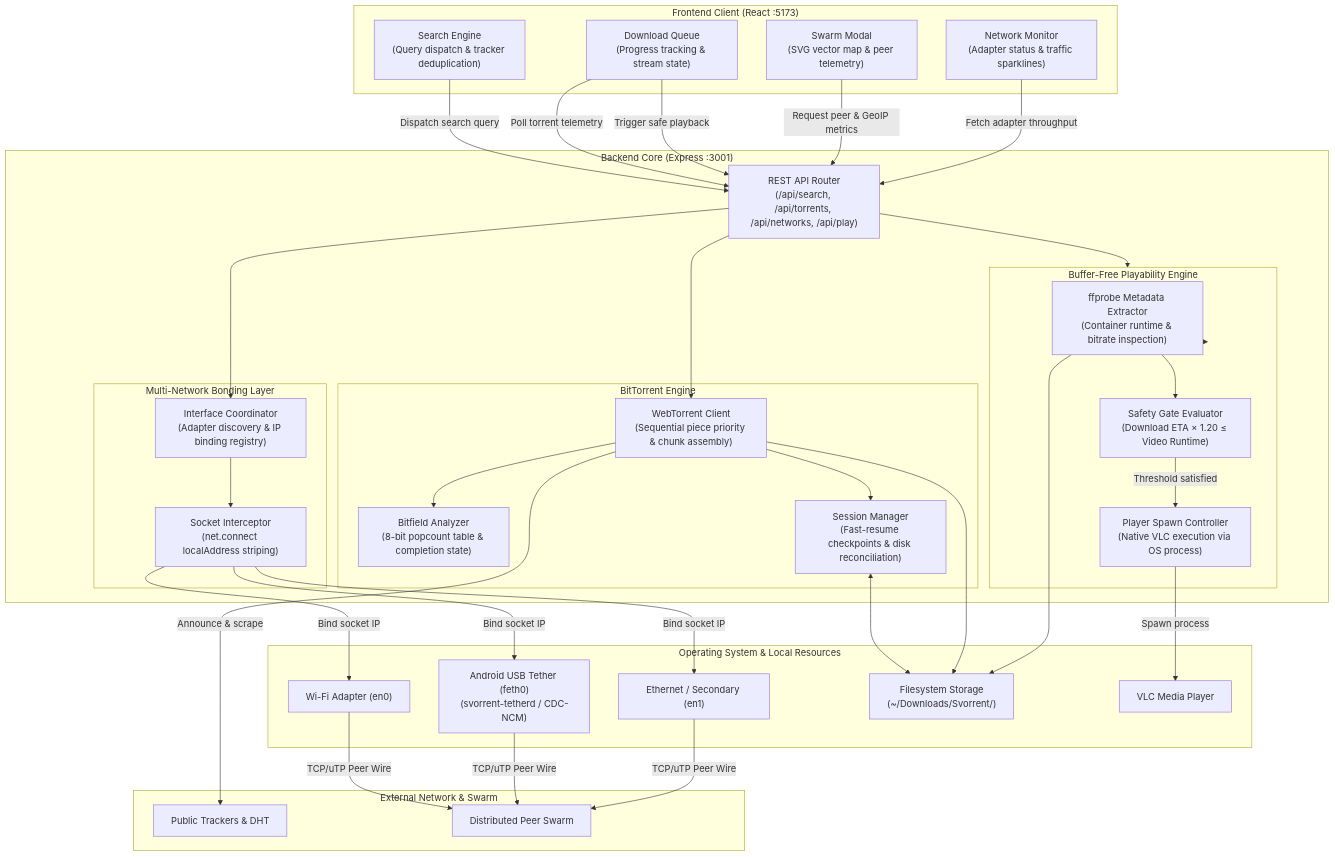
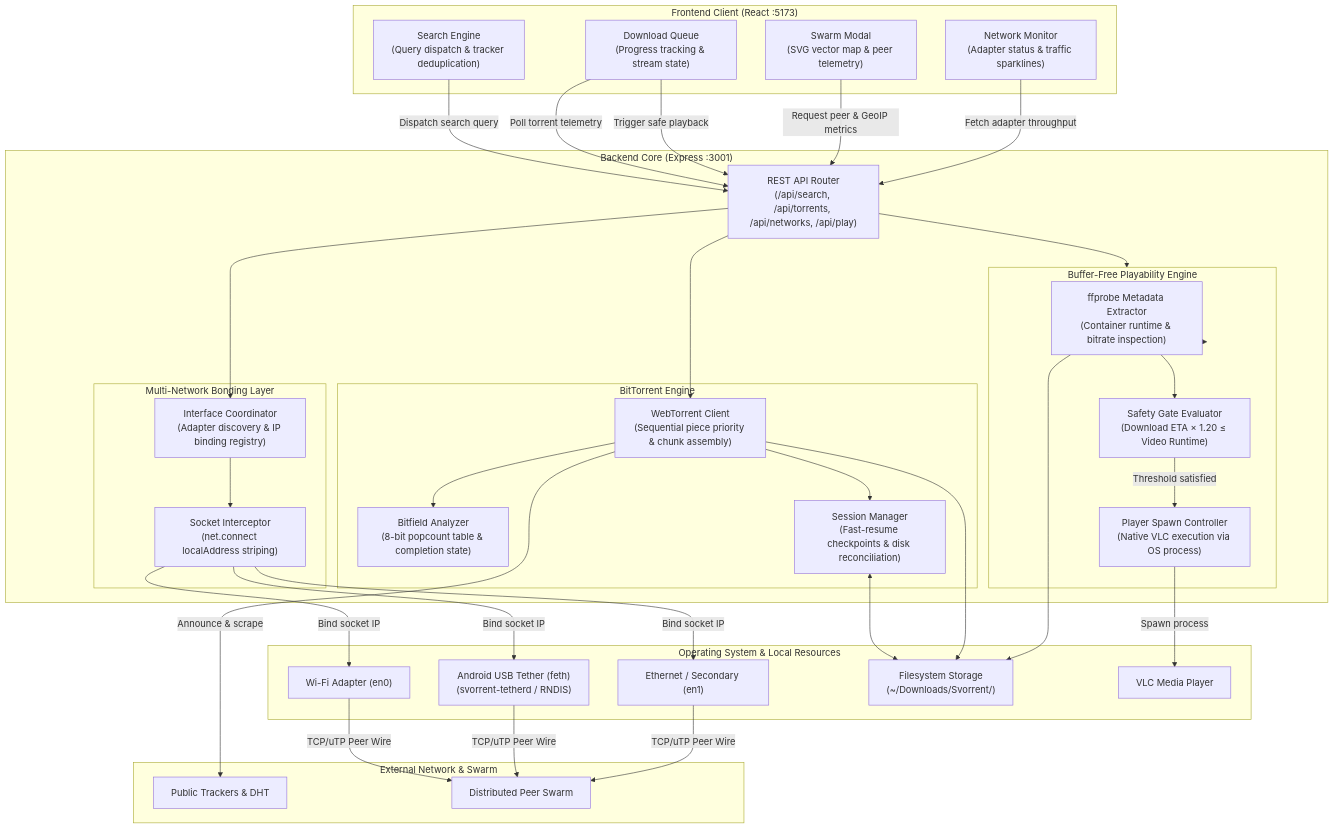
The diagram in README.md (AdhishXD/svorrent), drawn with Mermaid before and after one commit. The commit also changed other lines of this file and 8 other files, not shown here.

````diff
--- a/README.md
+++ b/README.md
@@ -135,79 +156,79 @@
 ```mermaid
 flowchart TD
     subgraph Client["Frontend Client (React :5173)"]
         UI_Search["Search Engine<br/>(Query dispatch & tracker deduplication)"]
         UI_Queue["Download Queue<br/>(Progress tracking & stream state)"]
         UI_Swarm["Swarm Modal<br/>(SVG vector map & peer telemetry)"]
         UI_Net["Network Monitor<br/>(Adapter status & traffic sparklines)"]
     end
 
     subgraph Server["Backend Core (Express :3001)"]
         API["REST API Router<br/>(/api/search, /api/torrents, /api/networks, /api/play)"]
         
         subgraph TorrentEngine["BitTorrent Engine"]
             WT["WebTorrent Client<br/>(Sequential piece priority & chunk assembly)"]
             Bitfield["Bitfield Analyzer<br/>(8-bit popcount table & completion state)"]
             Session["Session Manager<br/>(Fast-resume checkpoints & disk reconciliation)"]
         end
 
         subgraph MediaEngine["Buffer-Free Playability Engine"]
             Probe["ffprobe Metadata Extractor<br/>(Container runtime & bitrate inspection)"]
             Calc["Safety Gate Evaluator<br/>(Download ETA × 1.20 ≤ Video Runtime)"]
             Launcher["Player Spawn Controller<br/>(Native VLC execution via OS process)"]
         end
 
         subgraph NetLayer["Multi-Network Bonding Layer"]
             NetMgr["Interface Coordinator<br/>(Adapter discovery & IP binding registry)"]
             SocketHook["Socket Interceptor<br/>(net.connect localAddress striping)"]
         end
     end
 
     subgraph OS["Operating System & Local Resources"]
         IF_WiFi["Wi-Fi Adapter (en0)"]
-        IF_Tether["Android USB Tether (feth0)<br/>(svorrent-tetherd / CDC-NCM)"]
+        IF_Tether["Android USB Tether (feth)<br/>(svorrent-tetherd / RNDIS)"]
         IF_Eth["Ethernet / Secondary (en1)"]
         Disk["Filesystem Storage<br/>(~/Downloads/Svorrent/)"]
         VLC["VLC Media Player"]
     end
 
     subgraph Remote["External Network & Swarm"]
         Trackers["Public Trackers & DHT"]
         Peers["Distributed Peer Swarm"]
     end
 
     %% Frontend to Backend interactions
     UI_Search -->|Dispatch search query| API
     UI_Queue -->|Poll torrent telemetry| API
     UI_Queue -->|Trigger safe playback| API
     UI_Swarm -->|Request peer & GeoIP metrics| API
     UI_Net -->|Fetch adapter throughput| API
 
     %% Backend internal orchestration
     API --> WT
     API --> NetMgr
     API --> MediaEngine
     
     WT --> Bitfield
     WT --> Session
     Session <--> Disk
     WT --> Disk
 
     %% Playability flow
     MediaEngine --> Probe
     Probe --> Disk
     Probe --> Calc
     Calc -->|Threshold satisfied| Launcher
     Launcher -->|Spawn process| VLC
 
     %% Multi-network socket routing
     NetMgr --> SocketHook
     SocketHook -->|Bind socket IP| IF_WiFi
     SocketHook -->|Bind socket IP| IF_Tether
     SocketHook -->|Bind socket IP| IF_Eth
 
     %% Uplinks to Remote Swarm
     IF_WiFi -->|TCP/uTP Peer Wire| Peers
     IF_Tether -->|TCP/uTP Peer Wire| Peers
     IF_Eth -->|TCP/uTP Peer Wire| Peers
     WT -->|Announce & scrape| Trackers
 ```
````
